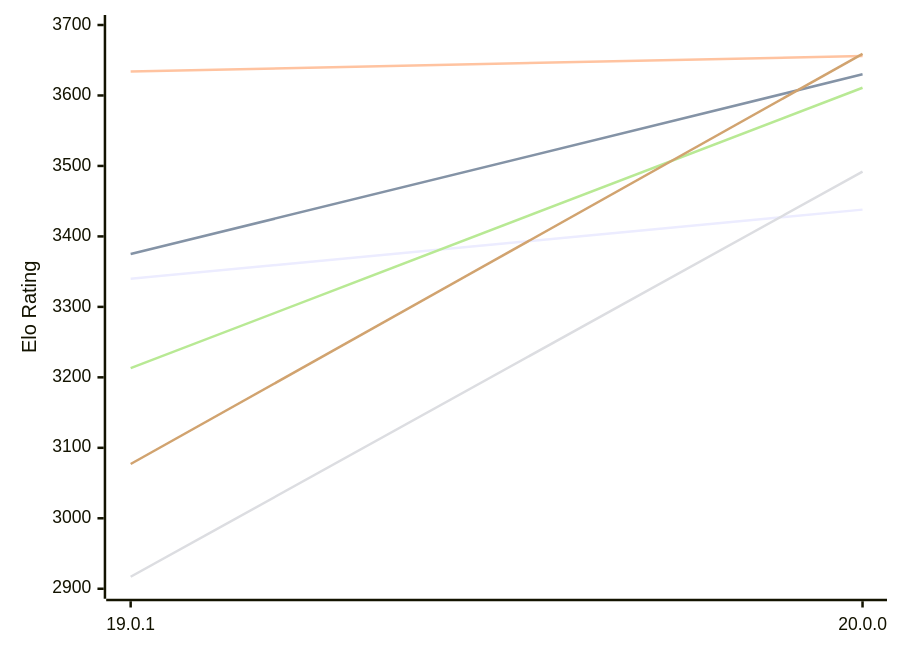
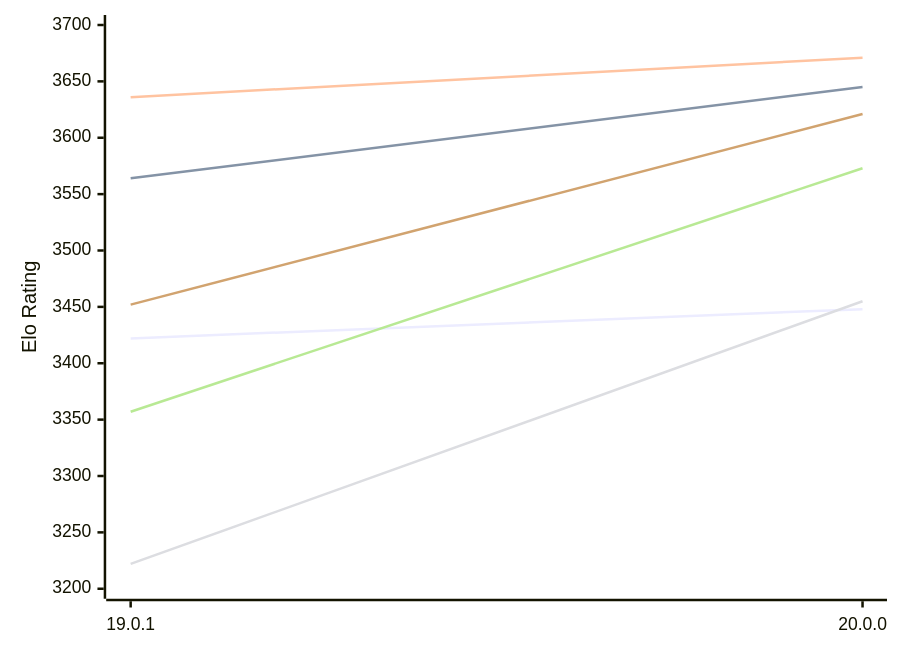
Before and after one commit to computer-chess-index/cci: the first of 2 diagrams in engines/Viridithas.md, drawn with Mermaid. The commit also changed other lines of this file, not shown here.

Commit message:
Update CCI Ratings (ELO VLTC) - 2026-11-14

````diff
--- a/engines/Viridithas.md
+++ b/engines/Viridithas.md
@@ -58,12 +58,12 @@
 ```mermaid
 %%{init: {"theme":"base","themeVariables":{"seriesColors:['#a3a3a3','#222221','#faa371']}}}%%
 xychart-beta
   x-axis ["19.0.1", "20.0.0"]
-  y-axis "Elo Rating" 2900 --> 3700
-  line "E1: STC (8.0+0.08s)" [3340, 3438]
-  line "E1: LTC (60.0+0.60s)" [3375, 3630]
-  line "E1: VLTC (2m24s+1.12s)" [3634, 3656]
-  line "P1: STC (8.0+0.08s)" [2917, 3492]
-  line "P1: LTC (60.0+0.60s)" [3213, 3611]
-  line "P1: VLTC (2m24s+1.12s)" [3077, 3659]
+  y-axis "Elo Rating" 3200 --> 3700
+  line "E1: STC (8.0+0.08s)" [3422, 3448]
+  line "E1: LTC (60.0+0.60s)" [3564, 3645]
+  line "E1: VLTC (2m24s+1.12s)" [3636, 3671]
+  line "P1: STC (8.0+0.08s)" [3222, 3455]
+  line "P1: LTC (60.0+0.60s)" [3357, 3573]
+  line "P1: VLTC (2m24s+1.12s)" [3452, 3621]
 ```
````
